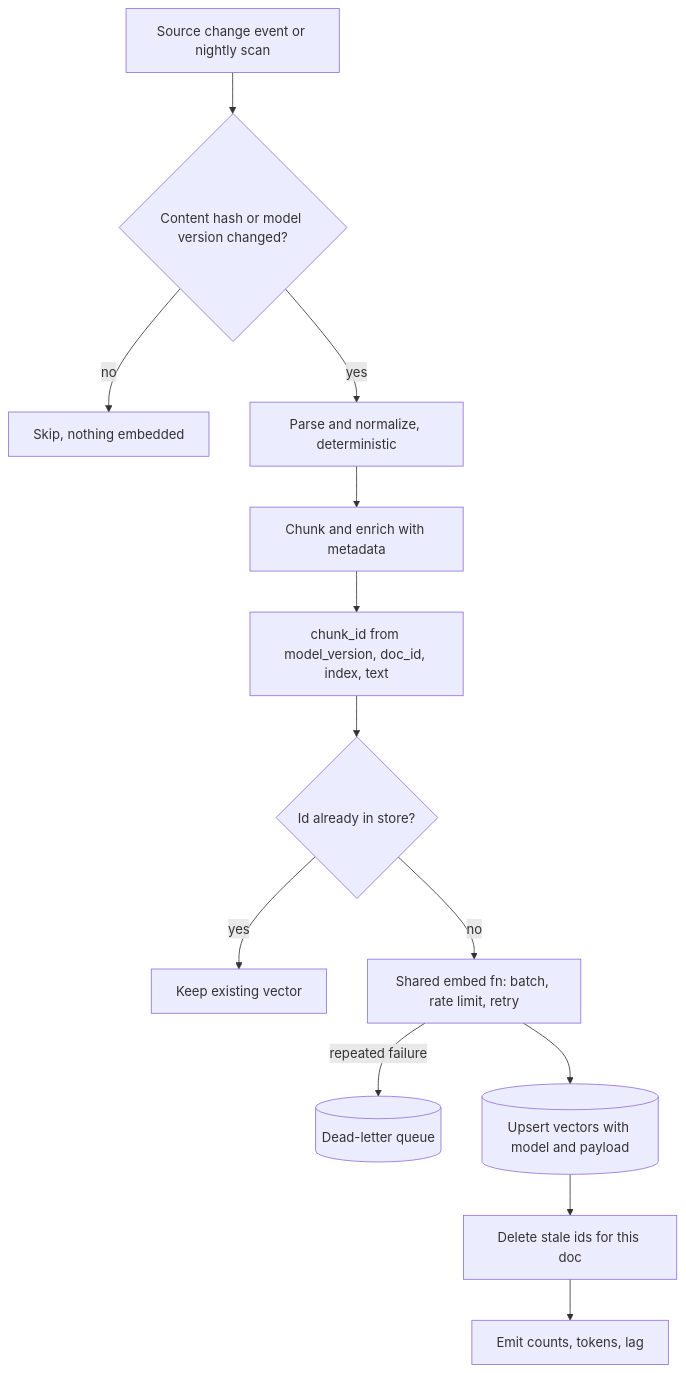
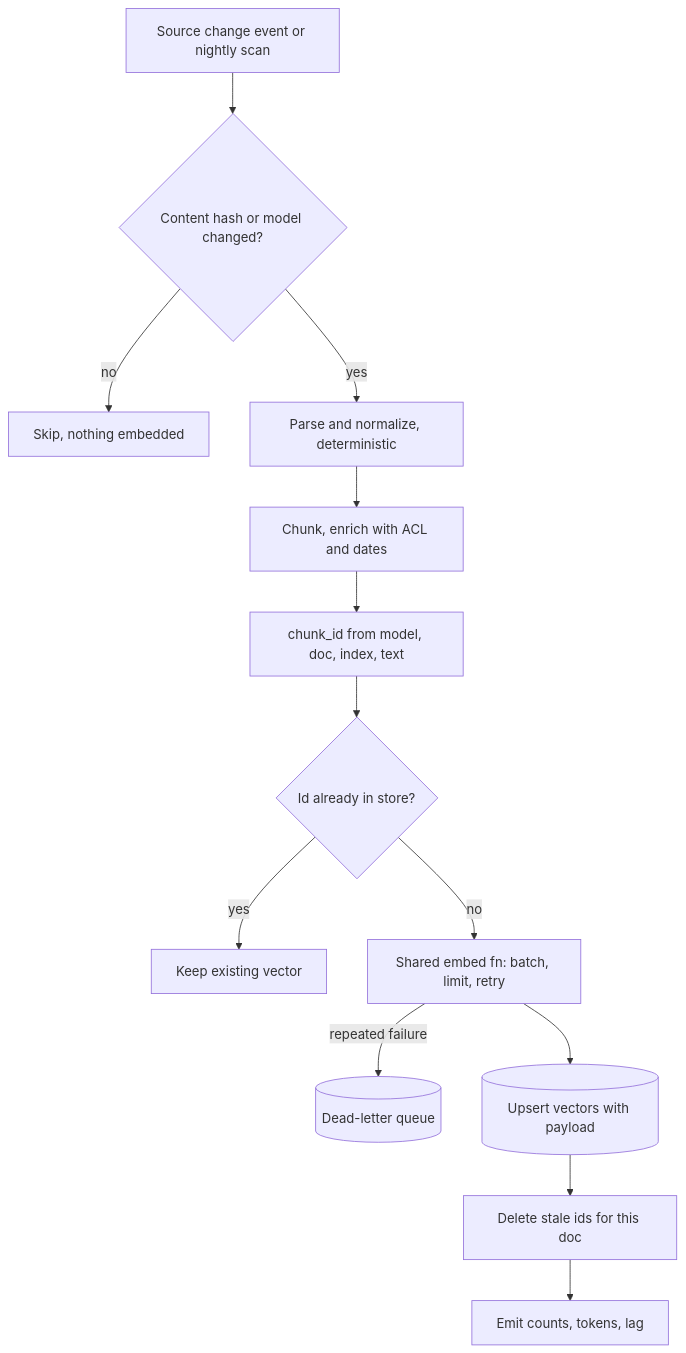
One commit to lovishmahajan97/agentic-learning changed the diagram in content/rag-retrieval/embedding-pipelines.md. Above: the diagram before and after it, drawn with Mermaid. The commit also changed other lines of this file and 266 other files, not shown here.

````diff
--- a/content/rag-retrieval/embedding-pipelines.md
+++ b/content/rag-retrieval/embedding-pipelines.md
@@ -121,15 +144,15 @@
 ```mermaid
 flowchart TD
-    S["Source change event or nightly scan"] --> H{"Content hash or model version changed?"}
+    S["Source change event or nightly scan"] --> H{"Content hash or model changed?"}
     H -->|"no"| SKIP["Skip, nothing embedded"]
     H -->|"yes"| P["Parse and normalize, deterministic"]
-    P --> C["Chunk and enrich with metadata"]
-    C --> ID["chunk_id from model_version, doc_id, index, text"]
+    P --> C["Chunk, enrich with ACL and dates"]
+    C --> ID["chunk_id from model, doc, index, text"]
     ID --> DIFF{"Id already in store?"}
     DIFF -->|"yes"| KEEP["Keep existing vector"]
-    DIFF -->|"no"| EMB["Shared embed fn: batch, rate limit, retry"]
+    DIFF -->|"no"| EMB["Shared embed fn: batch, limit, retry"]
     EMB -->|"repeated failure"| DLQ[("Dead-letter queue")]
-    EMB --> UP[("Upsert vectors with model and payload")]
+    EMB --> UP[("Upsert vectors with payload")]
     UP --> DEL["Delete stale ids for this doc"]
     DEL --> OBS["Emit counts, tokens, lag"]
 ```
````
